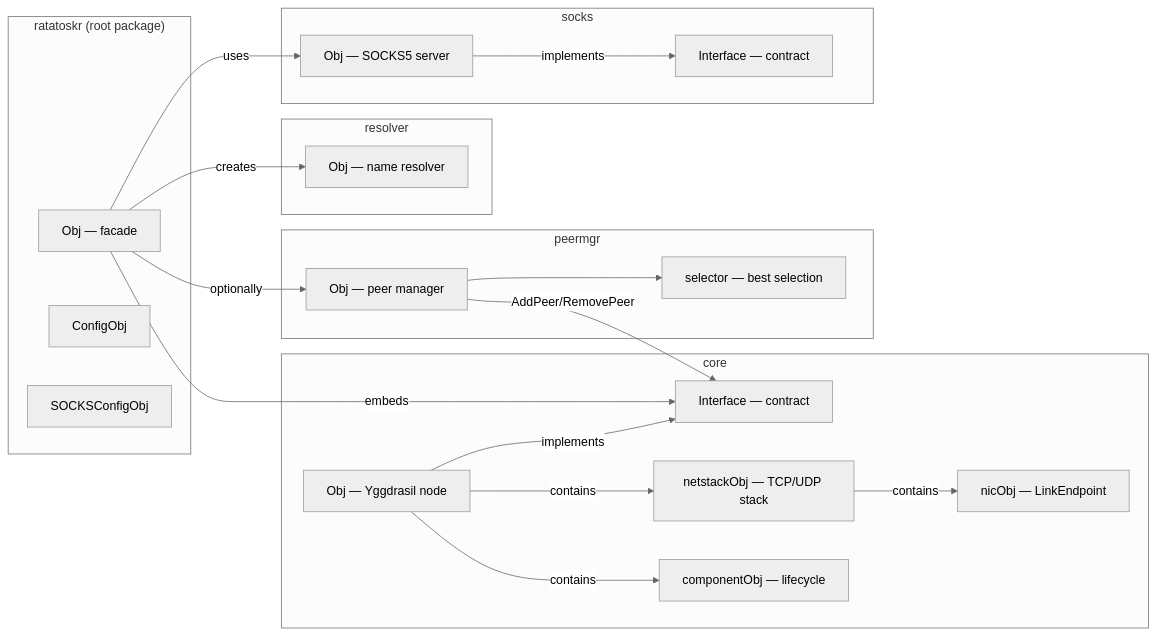
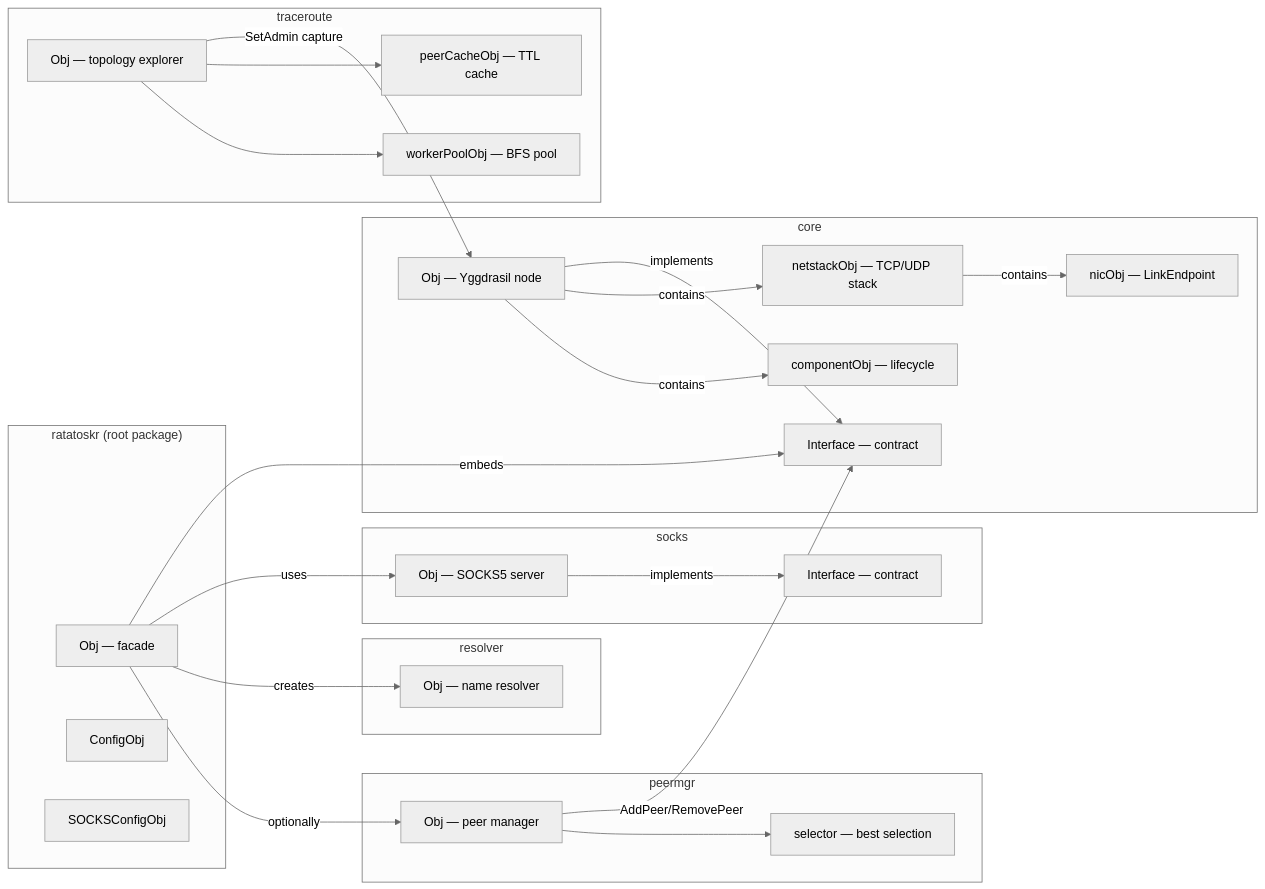
Before and after one commit to voluminor/ratatoskr: the fourth of 14 diagrams in README.md, drawn with Mermaid (neutral theme). The commit also changed other lines of this file and 47 other files, not shown here.

````diff
--- a/README.md
+++ b/README.md
@@ -255,42 +264,51 @@
 ```mermaid
 graph LR
 subgraph "ratatoskr (root package)"
 A[Obj — facade]
 B[ConfigObj]
 C[SOCKSConfigObj]
 end
 
 subgraph "core"
 D[Obj — Yggdrasil node]
 E[Interface — contract]
 F[netstackObj — TCP/UDP stack]
 G[nicObj — LinkEndpoint]
 H[componentObj — lifecycle]
 end
 
 subgraph "peermgr"
 PM[Obj — peer manager]
 SEL[selector — best selection]
 end
 
 subgraph "resolver"
 I[Obj — name resolver]
 end
 
 subgraph "socks"
 J[Obj — SOCKS5 server]
 K[Interface — contract]
 end
 
+subgraph "traceroute"
+TR[Obj — topology explorer]
+CACHE[peerCacheObj — TTL cache]
+POOL[workerPoolObj — BFS pool]
+end
+
 A -->|embeds|E
 A -->|uses|J
 A -->|creates|I
 A -->|optionally|PM
 PM -->|AddPeer/RemovePeer|E
 PM --> SEL
 D -->|implements|E
 D -->|contains|F
 F -->|contains|G
 D -->|contains|H
 J -->|implements|K
+TR -->|SetAdmin capture|D
+TR --> CACHE
+TR --> POOL
 ```
````
